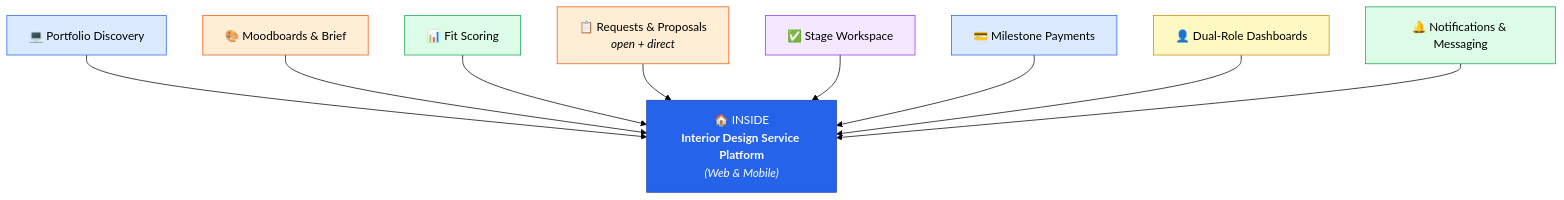
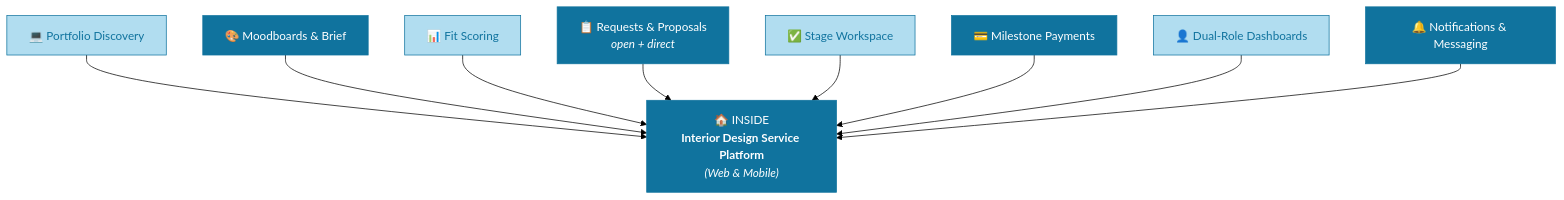
Before and after one commit to MNSBaanu/Inside: the first of 4 diagrams in docs/Proposal/diagrams/architecture-diagrams.md, drawn with Mermaid (forest theme). The commit also changed other lines of this file and 4 other files, not shown here.

First line of the commit message:
docs(proposal): Update diagrams and Gantt chart for project clarity

````diff
--- a/docs/Proposal/diagrams/architecture-diagrams.md
+++ b/docs/Proposal/diagrams/architecture-diagrams.md
@@ -36,32 +39,32 @@
 ```mermaid
 flowchart TB
     Hub["🏠 INSIDE<br/><b>Interior Design Service Platform</b><br/><i>(Web & Mobile)</i>"]
 
     F1["💻 Portfolio Discovery"]
     F2["🎨 Moodboards & Brief"]
     F3["📊 Fit Scoring"]
     F4["📋 Requests & Proposals<br/><i>open + direct</i>"]
     F5["✅ Stage Workspace"]
     F6["💳 Milestone Payments"]
     F7["👤 Dual-Role Dashboards"]
     F8["🔔 Notifications & Messaging"]
 
     F1 --> Hub
     F2 --> Hub
     F3 --> Hub
     F4 --> Hub
     F5 --> Hub
     F6 --> Hub
     F7 --> Hub
     F8 --> Hub
 
-    style Hub fill:#2563eb,stroke:#1e40af,color:#fff
-    style F1 fill:#dbeafe,stroke:#2563eb
-    style F2 fill:#ffedd5,stroke:#ea580c
-    style F3 fill:#dcfce7,stroke:#16a34a
-    style F4 fill:#ffedd5,stroke:#ea580c
-    style F5 fill:#f3e8ff,stroke:#9333ea
-    style F6 fill:#dbeafe,stroke:#2563eb
-    style F7 fill:#fef9c3,stroke:#ca8a04
-    style F8 fill:#dcfce7,stroke:#16a34a
+    style Hub fill:#10739e,stroke:#10739e,color:#fff
+    style F1 fill:#B1DDF0,stroke:#10739e,color:#10739e
+    style F2 fill:#10739e,stroke:#10739e,color:#fff
+    style F3 fill:#B1DDF0,stroke:#10739e,color:#10739e
+    style F4 fill:#10739e,stroke:#10739e,color:#fff
+    style F5 fill:#B1DDF0,stroke:#10739e,color:#10739e
+    style F6 fill:#10739e,stroke:#10739e,color:#fff
+    style F7 fill:#B1DDF0,stroke:#10739e,color:#10739e
+    style F8 fill:#10739e,stroke:#10739e,color:#fff
 ```
````
